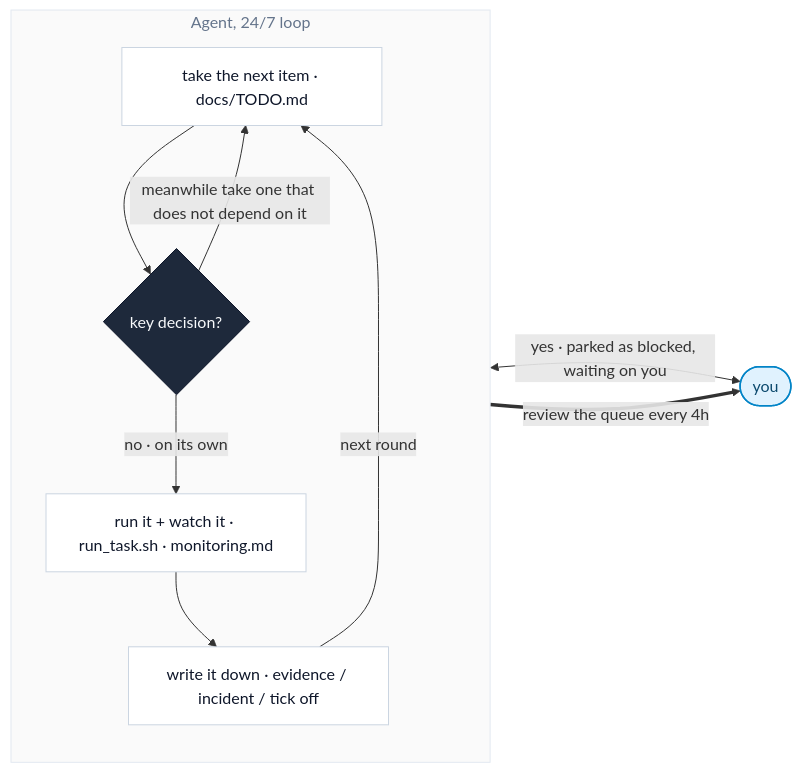
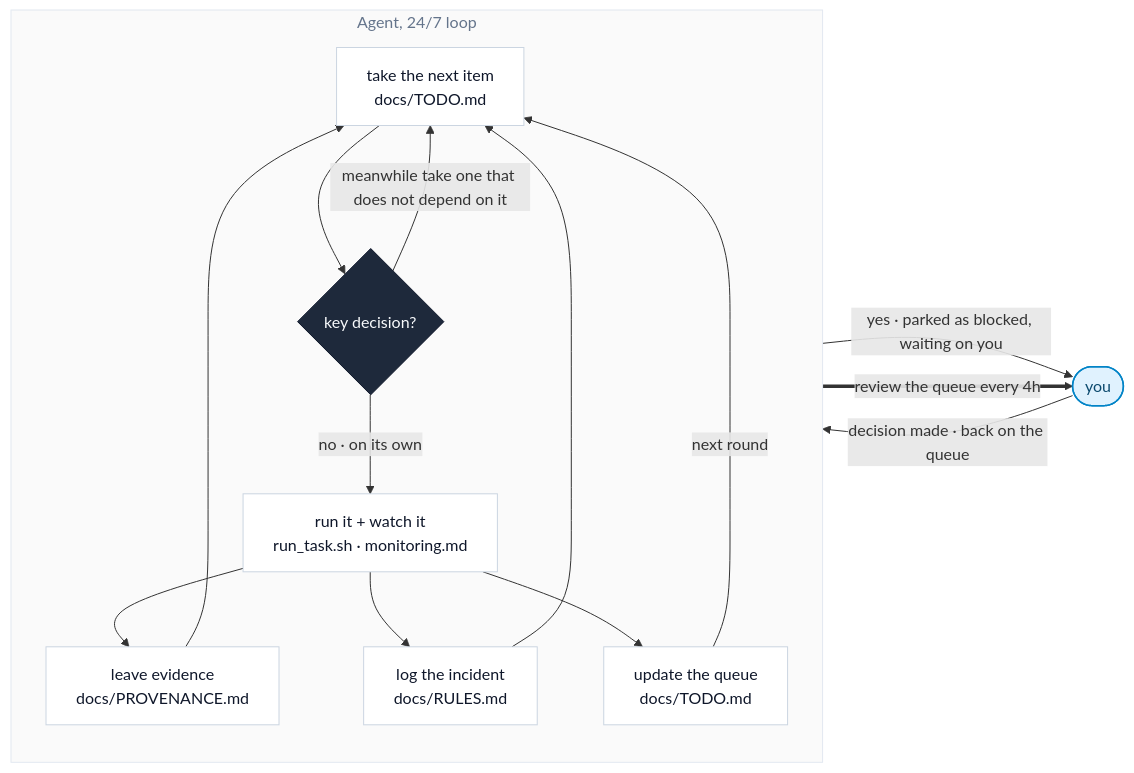
Before and after one commit to hashiruu/agent-experiment: the diagram in README.en.md, drawn with Mermaid. The commit also changed 1 other file, not shown here.

Commit message:
Restore the record boxes and the missing edges

````diff
--- a/README.en.md
+++ b/README.en.md
@@ -31,25 +31,32 @@
 ```mermaid
 flowchart LR
     subgraph LOOP["Agent, 24/7 loop"]
         direction TB
-        T1["take the next item · docs/TODO.md"]
+        T1["take the next item<br/>docs/TODO.md"]
         D{"key decision?"}
-        T2["run it + watch it · run_task.sh · monitoring.md"]
-        T3["write it down · evidence / incident / tick off"]
+        T2["run it + watch it<br/>run_task.sh · monitoring.md"]
+        PV["leave evidence<br/>docs/PROVENANCE.md"]
+        RL["log the incident<br/>docs/RULES.md"]
+        TD["update the queue<br/>docs/TODO.md"]
         T1 --> D
         D -->|"no · on its own"| T2
-        T2 --> T3
-        T3 -->|"next round"| T1
+        T2 --> PV
+        T2 --> RL
+        T2 --> TD
+        PV --> T1
+        RL --> T1
+        TD -->|"next round"| T1
         D -->|"meanwhile take one that does not depend on it"| T1
     end
-    D <-->|"yes · parked as blocked, waiting on you"| HU(["you"])
-    T3 ==>|"review the queue every 4h"| HU
+    D -->|"yes · parked as blocked, waiting on you"| HU(["you"])
+    HU -->|"decision made · back on the queue"| T1
+    TD ==>|"review the queue every 4h"| HU
 
     classDef step fill:#FFFFFF,stroke:#CBD5E1,stroke-width:1px,color:#0F172A
     classDef gate fill:#1E293B,stroke:#0F172A,stroke-width:1px,color:#F8FAFC
     classDef human fill:#E0F2FE,stroke:#0284C7,stroke-width:1.5px,color:#0C4A6E
-    class T1,T2,T3 step
+    class T1,T2,PV,RL,TD step
     class D gate
     class HU human
     style LOOP fill:#FAFAFA,stroke:#E2E8F0,color:#64748B
 ```
````
